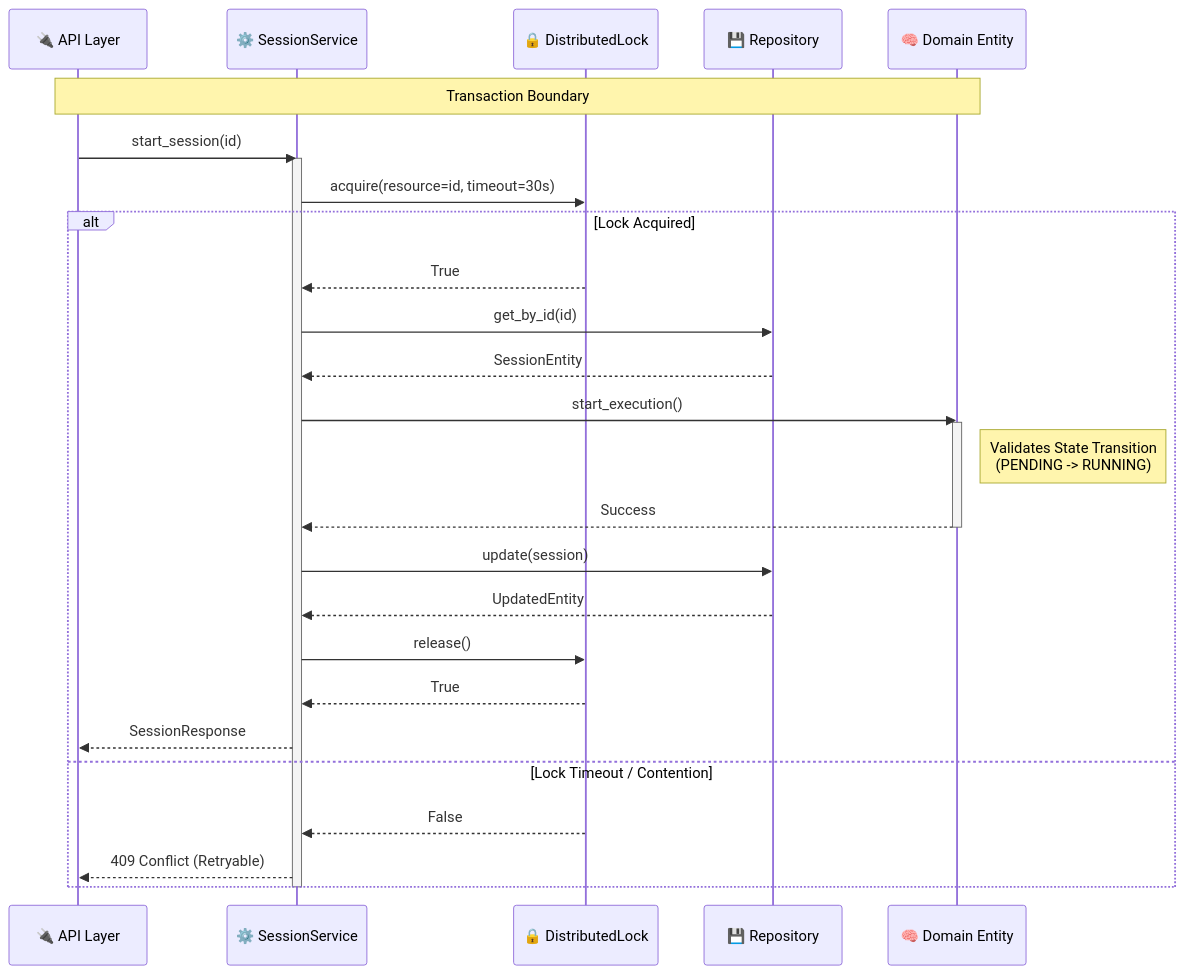
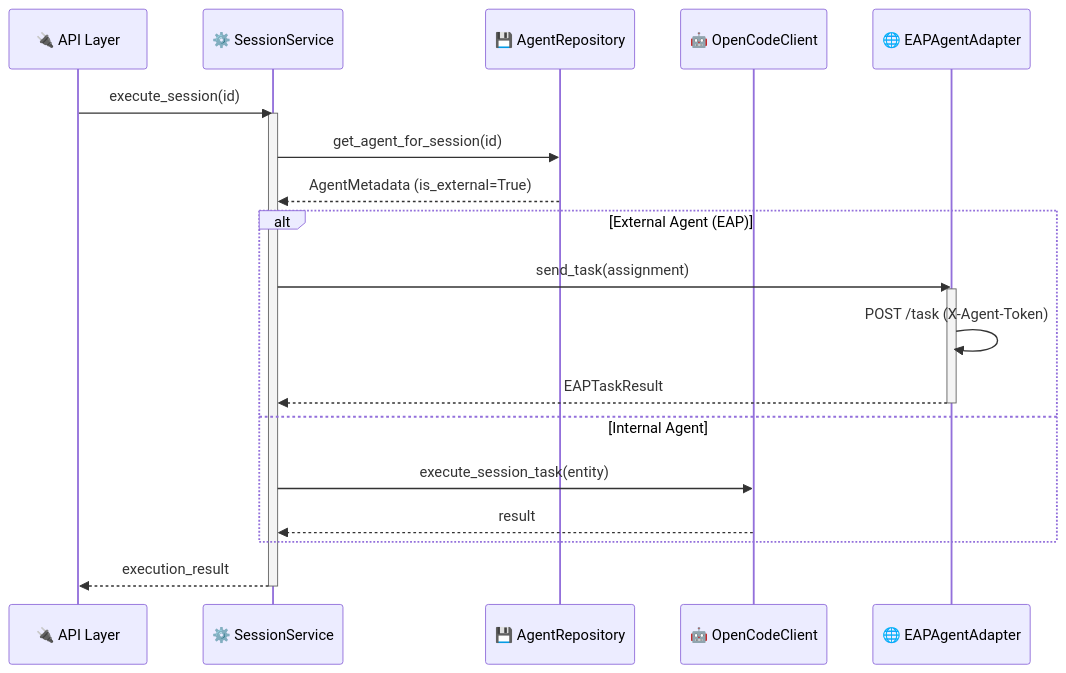
The second of 3 diagrams in Project_Architecture_Document.md (nordeim/OpenCode-Industrial-Orchestrator), drawn with Mermaid before and after one commit. The commit also changed other lines of this file and 17 other files, not shown here.

````diff
--- a/Project_Architecture_Document.md
+++ b/Project_Architecture_Document.md
@@ -97,40 +187,55 @@
 ```mermaid
+
 sequenceDiagram
+
     participant API as 🔌 API Layer
+
     participant Svc as ⚙️ SessionService
-    participant Lock as 🔒 DistributedLock
-    participant Repo as 💾 Repository
-    participant Dom as 🧠 Domain Entity
 
-    Note over API, Dom: Transaction Boundary
+    participant Repo as 💾 AgentRepository
+
+    participant Internal as 🤖 OpenCodeClient
+
+    participant External as 🌐 EAPAgentAdapter
+
+
+
+    API->>Svc: execute_session(id)
+
+    activate Svc
+
     
-    API->>Svc: start_session(id)
+
+    Svc->>Repo: get_agent_for_session(id)
+
+    Repo-->>Svc: AgentMetadata (is_external=True)
+
     
-    activate Svc
-    Svc->>Lock: acquire(resource=id, timeout=30s)
+
+    alt External Agent (EAP)
+
+        Svc->>External: send_task(assignment)
+
+        activate External
+
+        External->>External: POST /task (X-Agent-Token)
+
+        External-->>Svc: EAPTaskResult
+
+        deactivate External
+
+    else Internal Agent
+
+        Svc->>Internal: execute_session_task(entity)
+
+        Internal-->>Svc: result
+
+    end
+
     
-    alt Lock Acquired
-        Lock-->>Svc: True
-        
-        Svc->>Repo: get_by_id(id)
-        Repo-->>Svc: SessionEntity
-        
-        Svc->>Dom: start_execution()
-        activate Dom
-        Note right of Dom: Validates State Transition<br/>(PENDING -> RUNNING)
-        Dom-->>Svc: Success
-        deactivate Dom
-        
-        Svc->>Repo: update(session)
-        Repo-->>Svc: UpdatedEntity
-        
-        Svc->>Lock: release()
-        Lock-->>Svc: True
-        
-        Svc-->>API: SessionResponse
-    else Lock Timeout / Contention
-        Lock-->>Svc: False
-        Svc-->>API: 409 Conflict (Retryable)
-    end
+
+    Svc-->>API: execution_result
+
     deactivate Svc
+
 ```
````
